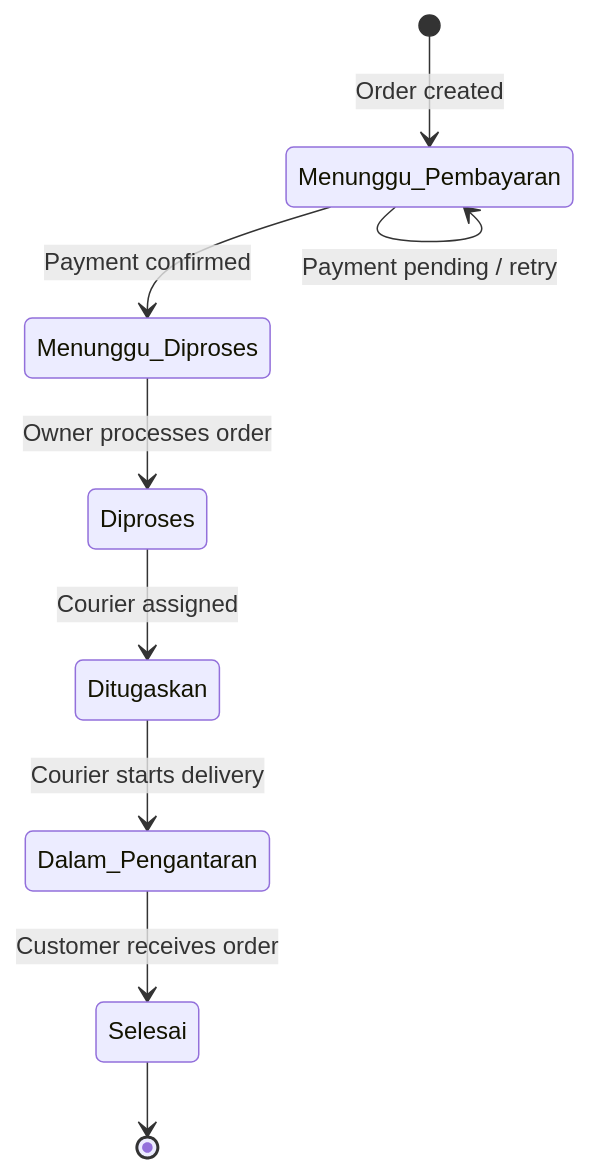
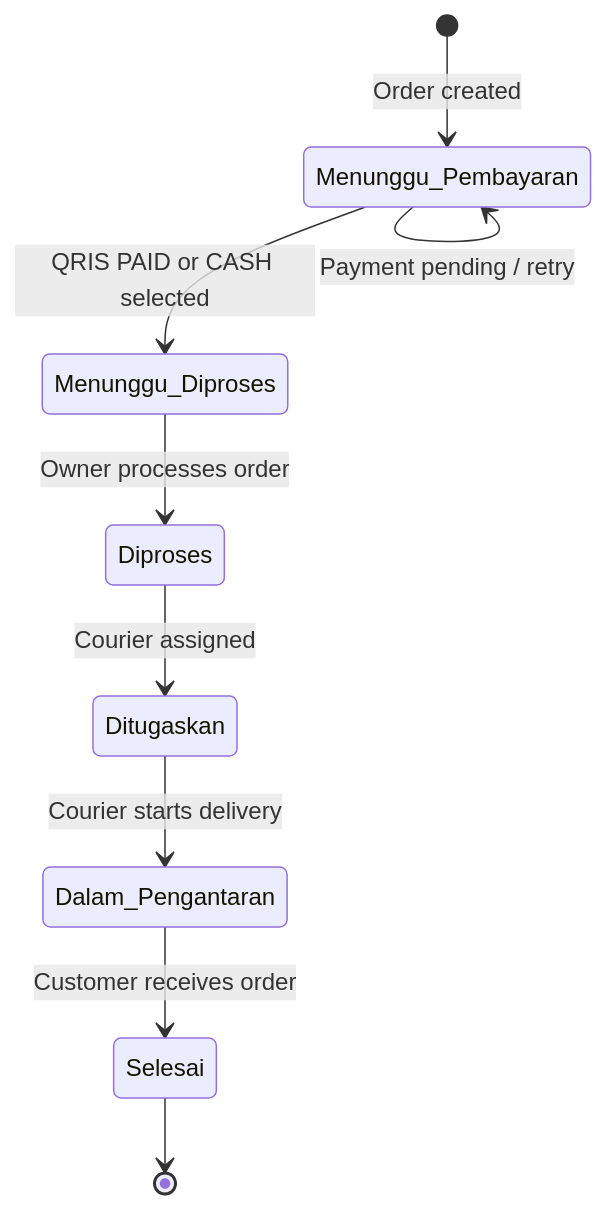
Diagram 18 of 23 in docs/04_KYUSUI_SYSTEM_WORKFLOW_REBUILT.md (RadinataP/kyusui), drawn with Mermaid before and after one commit. The commit also changed other lines of this file and 3 other files, not shown here.

````diff
--- a/docs/04_KYUSUI_SYSTEM_WORKFLOW_REBUILT.md
+++ b/docs/04_KYUSUI_SYSTEM_WORKFLOW_REBUILT.md
@@ -945,14 +916,14 @@
 ``` mermaid
 stateDiagram-v2
     [*] --> Menunggu_Pembayaran: Order created
 
-    Menunggu_Pembayaran --> Menunggu_Diproses: Payment confirmed
+    Menunggu_Pembayaran --> Menunggu_Diproses: QRIS PAID or CASH selected
     Menunggu_Pembayaran --> Menunggu_Pembayaran: Payment pending / retry
 
     Menunggu_Diproses --> Diproses: Owner processes order
     Diproses --> Ditugaskan: Courier assigned
     Ditugaskan --> Dalam_Pengantaran: Courier starts delivery
     Dalam_Pengantaran --> Selesai: Customer receives order
 
     Selesai --> [*]
 ```
````
